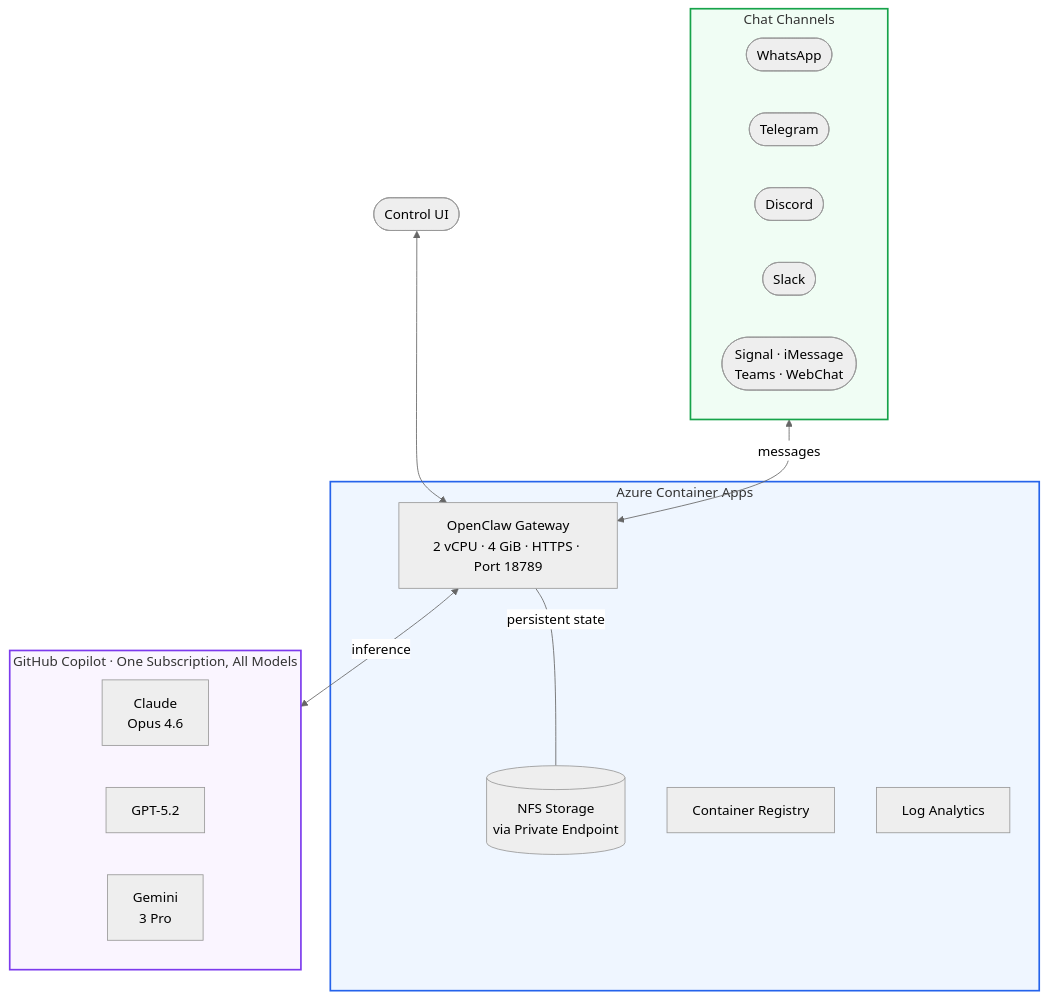
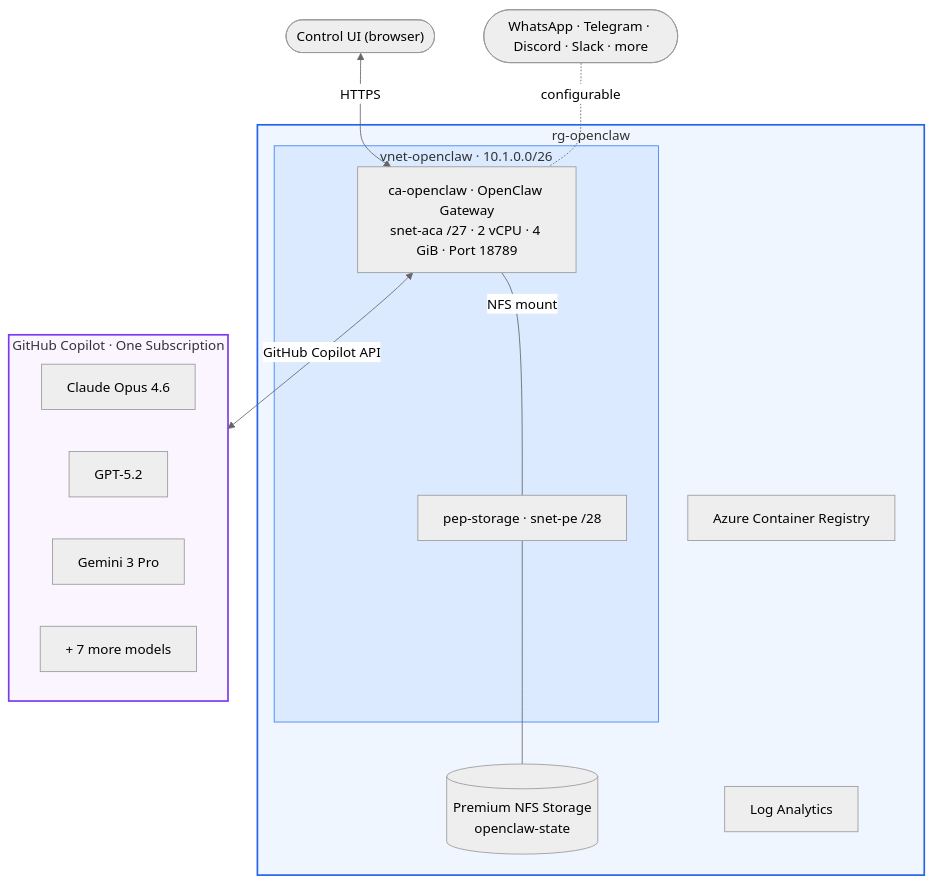
Before and after one commit to spiroskon/openclaw-azure-containerapps: the diagram in README.md, drawn with Mermaid (neutral theme). The commit also changed other lines of this file, not shown here.

Commit message:
docs: refine architecture diagram with Azure resource names and GitHub Copilot API flow
- Add VNet, subnet, private endpoint names from Bicep template
- Show GitHub Copilot API as the connection label
- Place channels next to Control UI at diagram top
- Update model list to 10 verified models
- Remove default marker from Opus 4.6

````diff
--- a/README.md
+++ b/README.md
@@ -79,36 +79,30 @@
 ```mermaid
 flowchart TB
-    subgraph channels["Chat Channels"]
-        direction LR
-        wa(["WhatsApp"])
-        tg(["Telegram"])
-        dc(["Discord"])
-        sl(["Slack"])
-        more(["Signal · iMessage<br/>Teams · WebChat"])
+    cui(["Control UI (browser)"])
+    ch(["WhatsApp · Telegram · Discord · Slack · more"])
+    cui <-->|HTTPS| gw
+    ch -.-|configurable| gw
+
+    subgraph azure["rg-openclaw"]
+        subgraph vnet["vnet-openclaw · 10.1.0.0/26"]
+            gw["ca-openclaw · OpenClaw Gateway<br/>snet-aca /27 · 2 vCPU · 4 GiB · Port 18789"]
+            pe["pep-storage · snet-pe /28"]
+        end
+        gw ---|NFS mount| pe
+        pe --- nfs[("Premium NFS Storage<br/>openclaw-state")]
+        acr["Azure Container Registry"] ~~~ logs["Log Analytics"]
     end
 
-    cui(["Control UI"])
+    gw <-->|GitHub Copilot API| copilot
 
-    subgraph azure["Azure Container Apps"]
-        gw["OpenClaw Gateway<br/>2 vCPU · 4 GiB · HTTPS · Port 18789"]
-        nfs[("NFS Storage<br/>via Private Endpoint")]
-        acr["Container Registry"]
-        logs["Log Analytics"]
-        gw ---|persistent state| nfs
+    subgraph copilot["GitHub Copilot · One Subscription"]
+        opus["Claude Opus 4.6"]
+        gpt["GPT-5.2"]
+        gem["Gemini 3 Pro"]
+        more2["+ 7 more models"]
     end
 
-    subgraph copilot["GitHub Copilot · One Subscription, All Models"]
-        direction LR
-        opus["Claude<br/>Opus 4.6"]
-        gpt["GPT-5.2"]
-        gem["Gemini<br/>3 Pro"]
-    end
-
-    channels <-->|messages| gw
-    cui <--> gw
-    gw <-->|inference| copilot
-
-    style channels fill:#f0fdf4,stroke:#16a34a,stroke-width:2px
     style azure fill:#eff6ff,stroke:#2563eb,stroke-width:2px
+    style vnet fill:#dbeafe,stroke:#3b82f6,stroke-width:1px
     style copilot fill:#faf5ff,stroke:#7c3aed,stroke-width:2px
 ```
````
